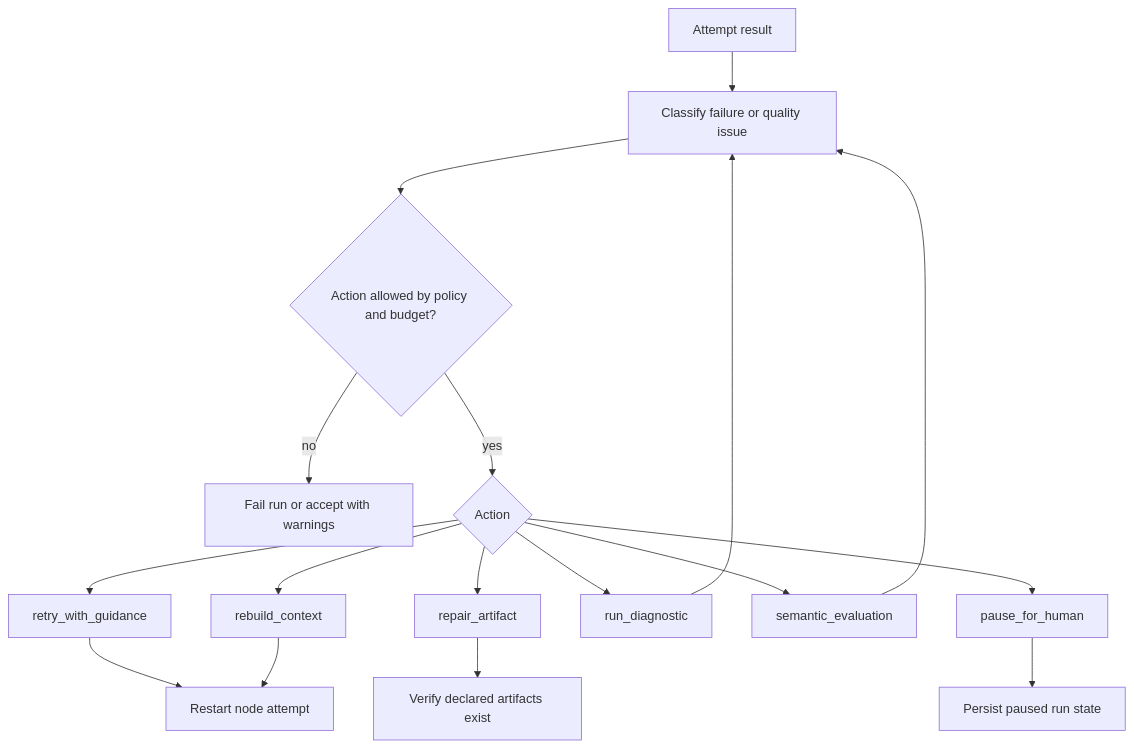
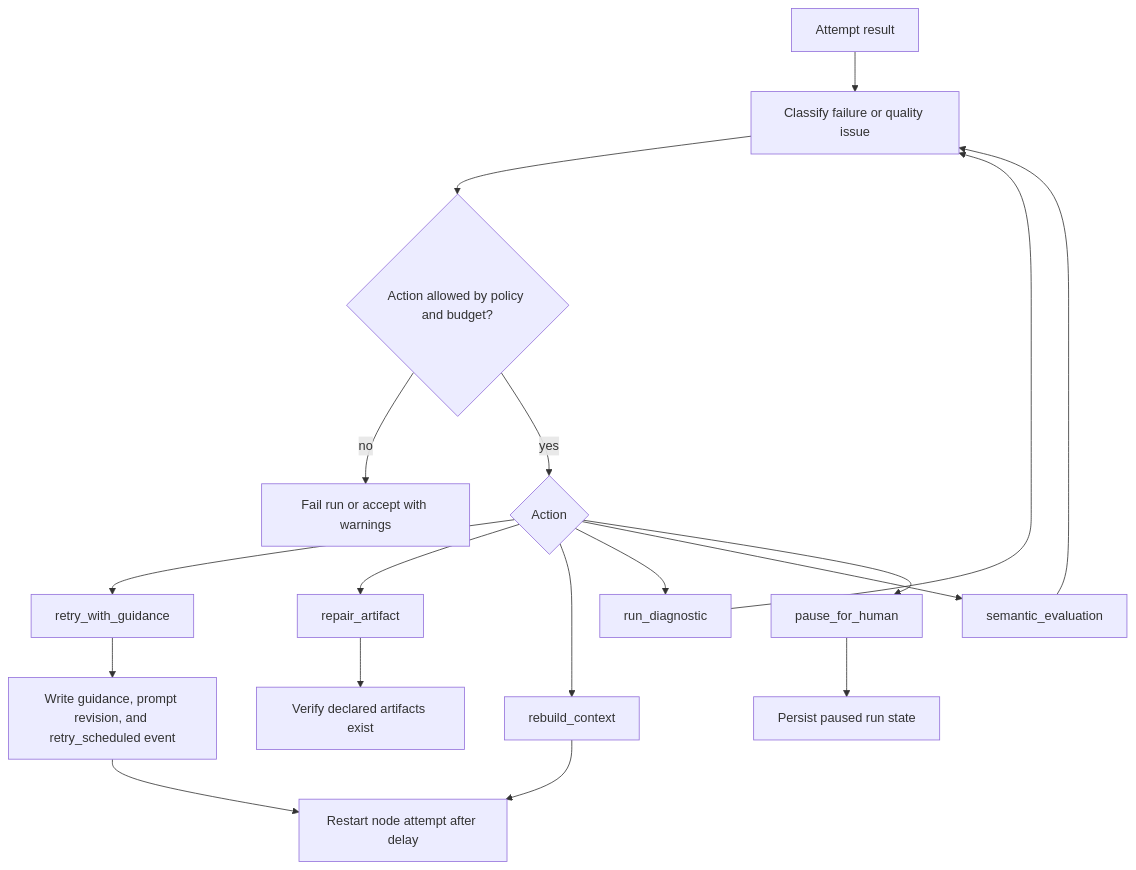
Before and after one commit to koji98/agentflow: the third of 3 diagrams in docs/technical-implementation/runtime-lifecycle.md, drawn with Mermaid. The commit also changed other lines of this file and 50 other files, not shown here.

````diff
--- a/docs/technical-implementation/runtime-lifecycle.md
+++ b/docs/technical-implementation/runtime-lifecycle.md
@@ -99,19 +101,20 @@
 ```mermaid
 flowchart TD
   result["Attempt result"] --> classify["Classify failure or quality issue"]
   classify --> budget{"Action allowed by policy and budget?"}
   budget -- no --> fail["Fail run or accept with warnings"]
   budget -- yes --> action{"Action"}
   action --> retry["retry_with_guidance"]
   action --> repair["repair_artifact"]
   action --> rebuild["rebuild_context"]
   action --> diagnostic["run_diagnostic"]
   action --> semantic["semantic_evaluation"]
   action --> pause["pause_for_human"]
-  retry --> rerun["Restart node attempt"]
+  retry --> schedule["Write guidance, prompt revision, and retry_scheduled event"]
+  schedule --> rerun["Restart node attempt after delay"]
   repair --> verify["Verify declared artifacts exist"]
   rebuild --> rerun
   diagnostic --> classify
   semantic --> classify
   pause --> persisted["Persist paused run state"]
 ```
````
